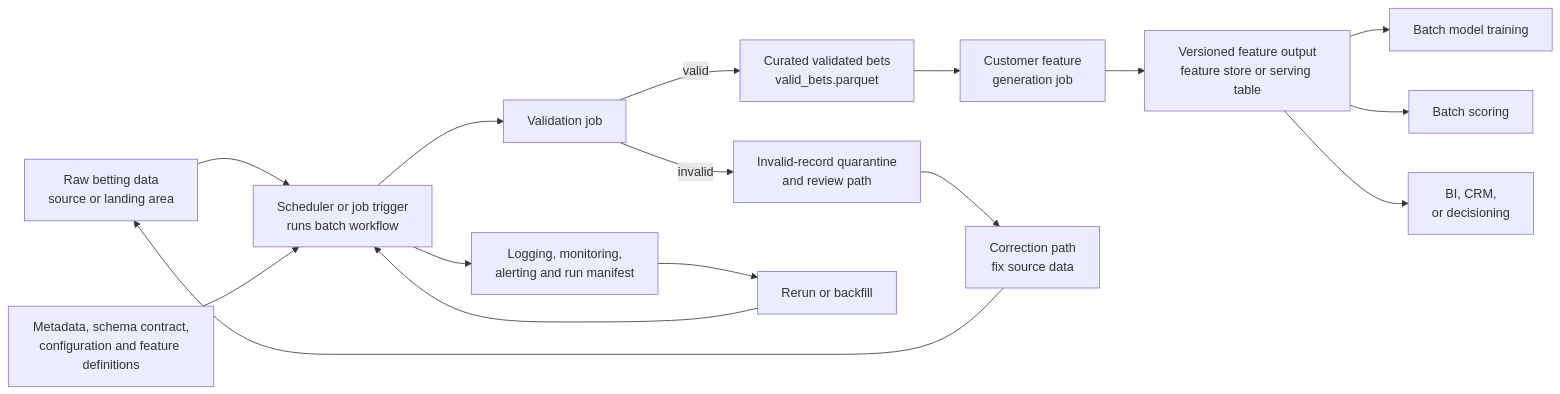
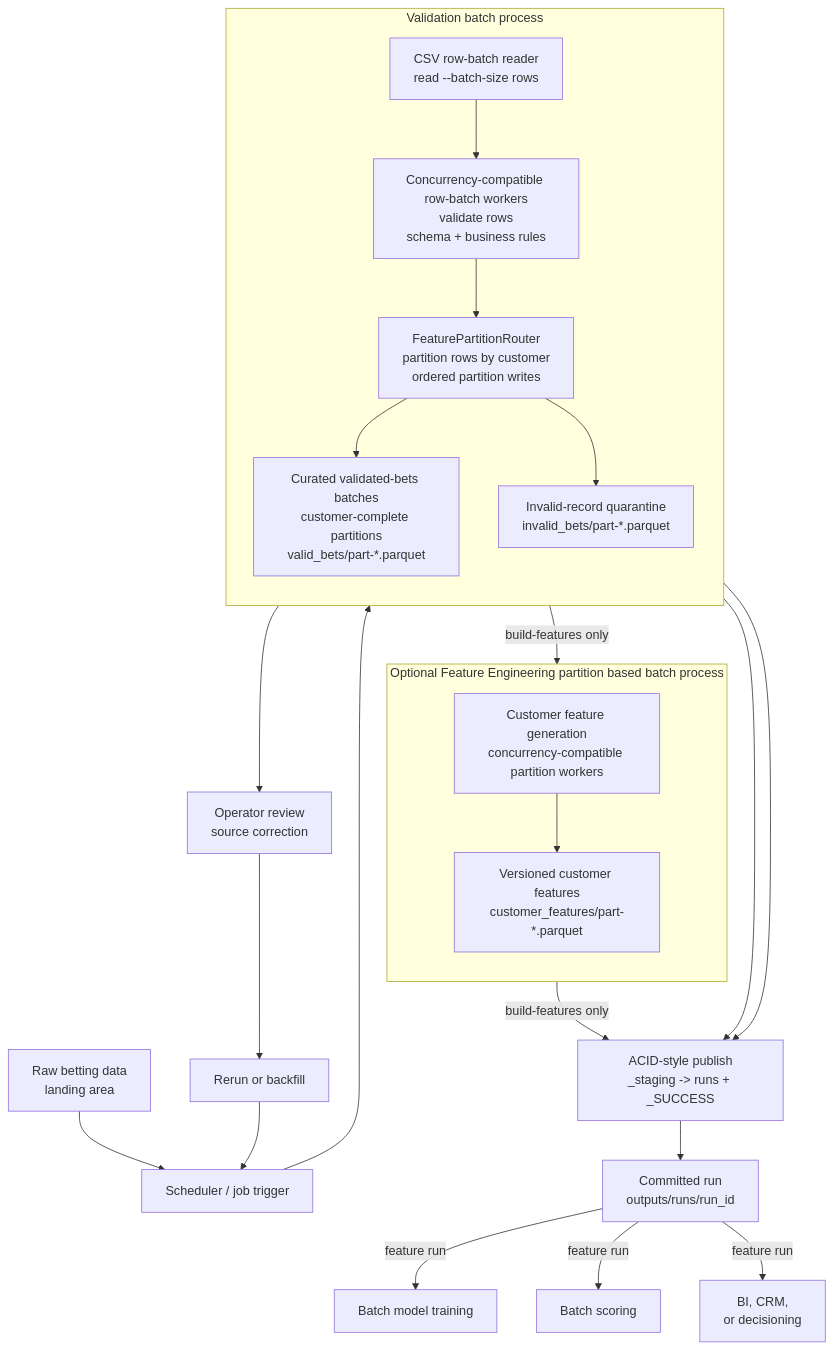
One commit to diyang/entain-case-test changed the diagram in docs/design_note.md. Above: the diagram before and after it, drawn with Mermaid. The commit also changed other lines of this file and 14 other files, not shown here.

````diff
--- a/docs/design_note.md
+++ b/docs/design_note.md
@@ -5,22 +16,44 @@
 ```mermaid
-flowchart LR
-    A[Raw betting data<br/>source or landing area] --> B[Scheduler or job trigger<br/>runs batch workflow]
-    C[Metadata, schema contract,<br/>configuration and feature definitions] --> B
+flowchart TD
+    raw["Raw betting data<br/>landing area"]
+    scheduler["Scheduler / job trigger"]
 
-    B --> D[Validation job]
-    D -->|valid| E[Curated validated bets<br/>valid_bets.parquet]
-    D -->|invalid| F[Invalid-record quarantine<br/>and review path]
+    subgraph validation["Validation batch process"]
+        direction TD
+        scan["CSV row-batch reader<br/>read --batch-size rows"]
+        row_worker["Concurrency-compatible row-batch workers<br/>validate rows<br/>schema + business rules"]
+        router["FeaturePartitionRouter<br/>partition rows by customer<br/>ordered partition writes"]
+        valid["Curated validated-bets batches<br/>customer-complete partitions<br/>valid_bets/part-*.parquet"]
+        invalid["Invalid-record quarantine<br/>invalid_bets/part-*.parquet"]
 
-    E --> G[Customer feature<br/>generation job]
-    G --> H[Versioned feature output<br/>feature store or serving table]
+        scan --> row_worker --> router
+        router --> valid
+        router --> invalid
+    end
 
-    H --> I[Batch model training]
-    H --> J[Batch scoring]
-    H --> K[BI, CRM,<br/>or decisioning]
+    subgraph feature_engineering["Optional Feature Engineering partition based batch process"]
+        direction TD
+        feature_worker["Customer feature generation<br/>concurrency-compatible partition workers"]
+        feature_output["Versioned customer features<br/>customer_features/part-*.parquet"]
 
-    B --> L[Logging, monitoring,<br/>alerting and run manifest]
-    F --> M[Correction path<br/>fix source data]
-    M --> A
-    L --> N[Rerun or backfill]
-    N --> B
+        feature_worker --> feature_output
+    end
+
+    publish["ACID-style publish<br/>_staging -> runs + _SUCCESS"]
+    run["Committed run<br/>outputs/runs/run_id"]
+
+    raw --> scheduler --> scan
+    valid --> publish
+    invalid --> publish
+    valid -- "build-features only" --> feature_worker
+    feature_output -- "build-features only" --> publish
+    publish --> run
+
+    review["Operator review<br/>source correction"]
+    rerun["Rerun or backfill"]
+    invalid --> review --> rerun --> scheduler
+
+    run -- "feature run" --> training[Batch model training]
+    run -- "feature run" --> scoring[Batch scoring]
+    run -- "feature run" --> analytics[BI, CRM,<br/>or decisioning]
 ```
````
